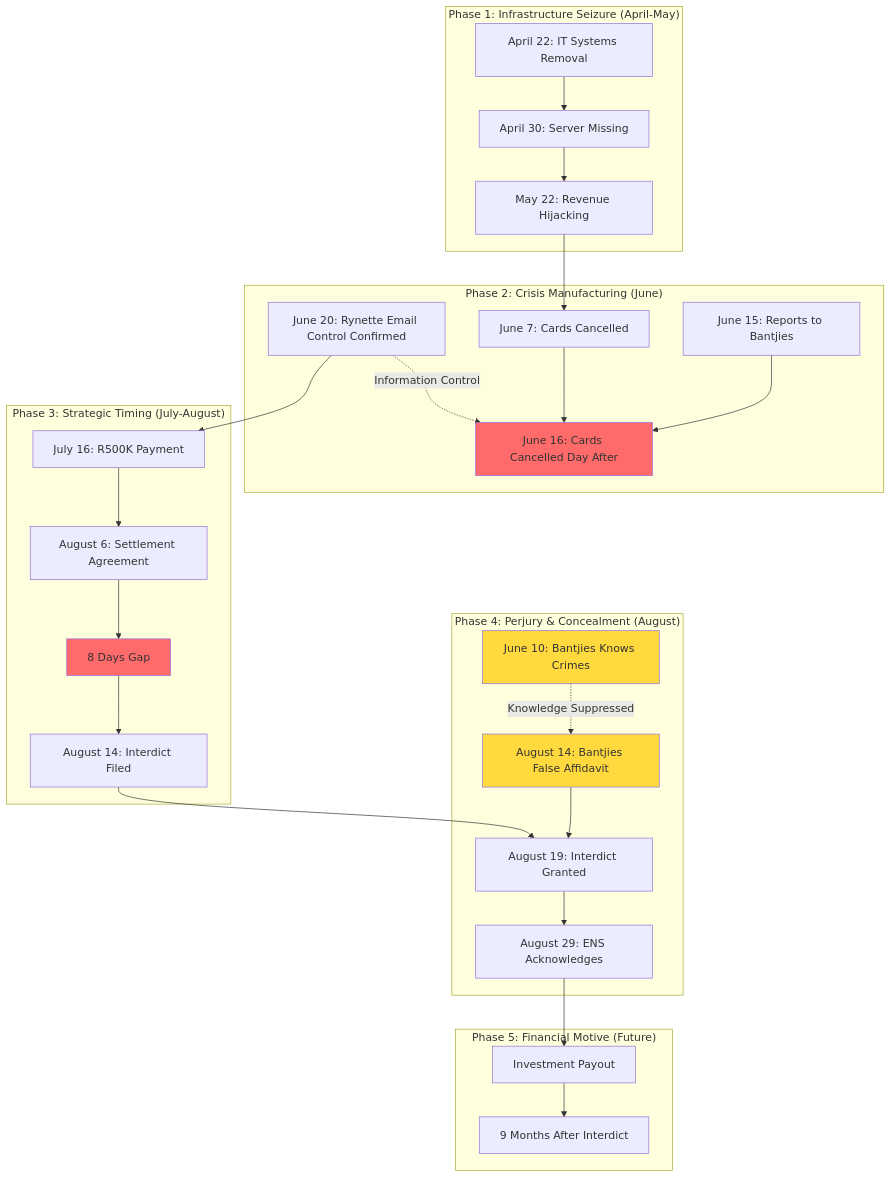
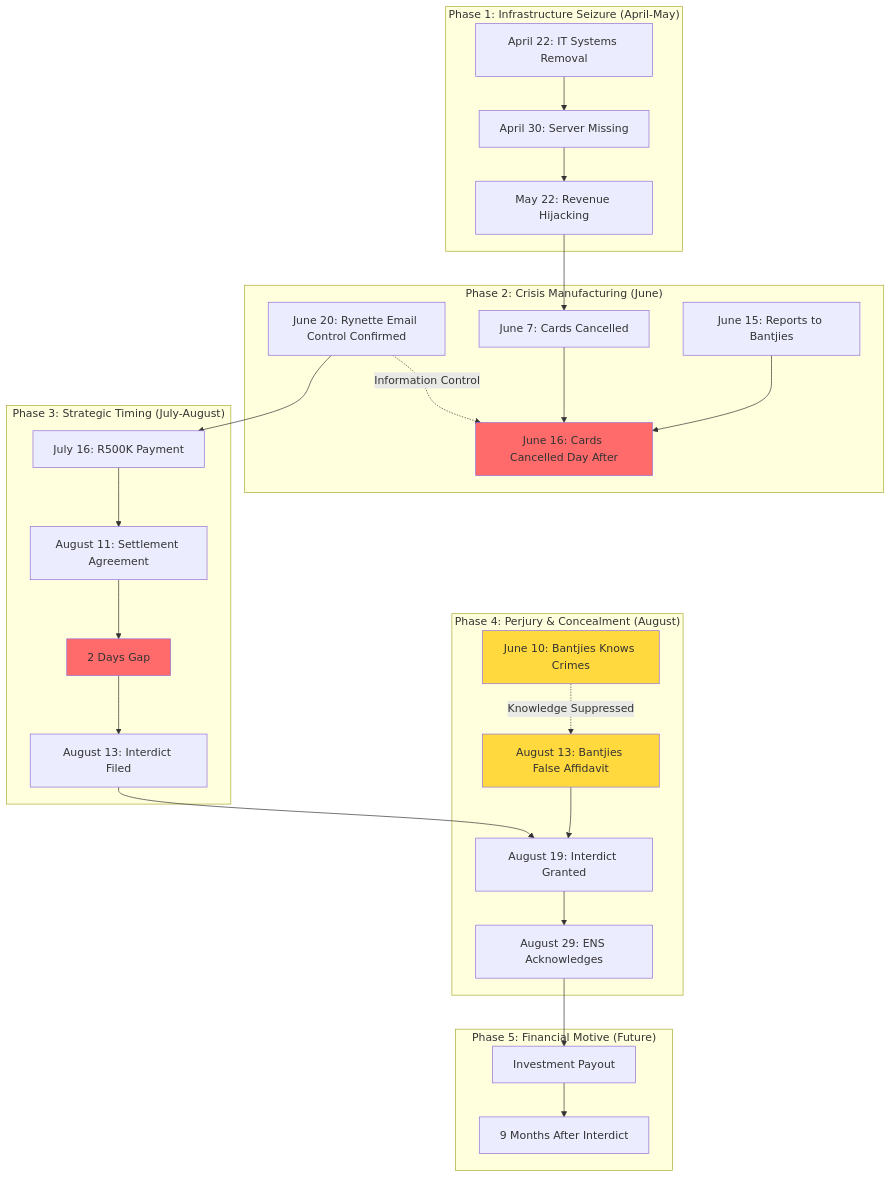
One commit to cogpy/ad-res-j7 changed the third of 9 diagrams in affidavit_work/analysis/TIMELINE_VISUAL_DIAGRAM.md. Above: the diagram before and after it, drawn with Mermaid. The commit also changed other lines of this file and 5 other files, not shown here.

Commit message:
Fix critical date inaccuracies in timeline analysis (8 days → 2 days, 65 days → 64 days)

````diff
--- a/affidavit_work/analysis/TIMELINE_VISUAL_DIAGRAM.md
+++ b/affidavit_work/analysis/TIMELINE_VISUAL_DIAGRAM.md
@@ -118,55 +118,55 @@
 ```mermaid
 graph TB
     subgraph "Phase 1: Infrastructure Seizure (April-May)"
         A1[April 22: IT Systems Removal]
         A2[April 30: Server Missing]
         A3[May 22: Revenue Hijacking]
         A1 --> A2 --> A3
     end
     
     subgraph "Phase 2: Crisis Manufacturing (June)"
         B1[June 7: Cards Cancelled]
         B2[June 15: Reports to Bantjies]
         B3[June 16: Cards Cancelled Day After]
         B4[June 20: Rynette Email Control Confirmed]
         B2 --> B3
         B1 --> B3
         B4 -.->|Information Control| B3
     end
     
     subgraph "Phase 3: Strategic Timing (July-August)"
         C1[July 16: R500K Payment]
-        C2[August 6: Settlement Agreement]
-        C3[August 14: Interdict Filed]
-        C4[8 Days Gap]
+        C2[August 11: Settlement Agreement]
+        C3[August 13: Interdict Filed]
+        C4[2 Days Gap]
         C1 --> C2
         C2 --> C4
         C4 --> C3
     end
     
     subgraph "Phase 4: Perjury & Concealment (August)"
         D1[June 10: Bantjies Knows Crimes]
-        D2[August 14: Bantjies False Affidavit]
+        D2[August 13: Bantjies False Affidavit]
         D3[August 19: Interdict Granted]
         D4[August 29: ENS Acknowledges]
         D1 -.->|Knowledge Suppressed| D2
         D2 --> D3
         D3 --> D4
     end
     
     subgraph "Phase 5: Financial Motive (Future)"
         E1[Investment Payout]
         E2[9 Months After Interdict]
         E1 --> E2
     end
     
     A3 --> B1
     B4 --> C1
     C3 --> D3
     D4 --> E1
     
     style C4 fill:#ff6b6b
     style D1 fill:#ffd93d
     style D2 fill:#ffd93d
     style B3 fill:#ff6b6b
 ```
````
